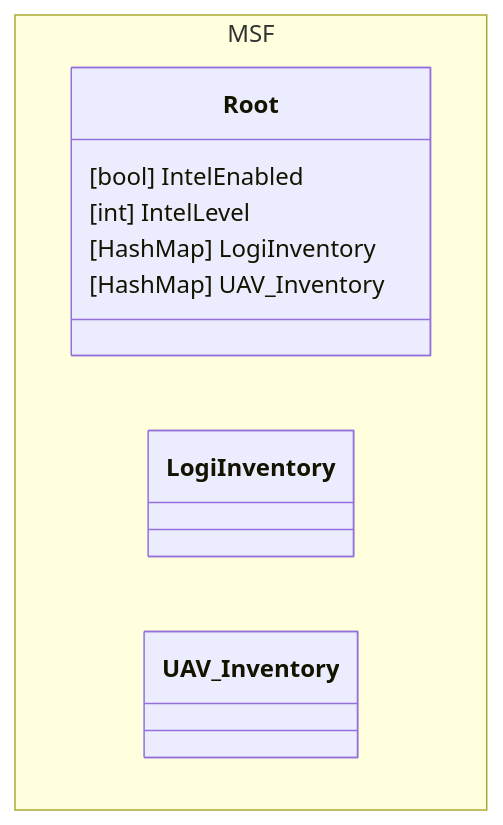
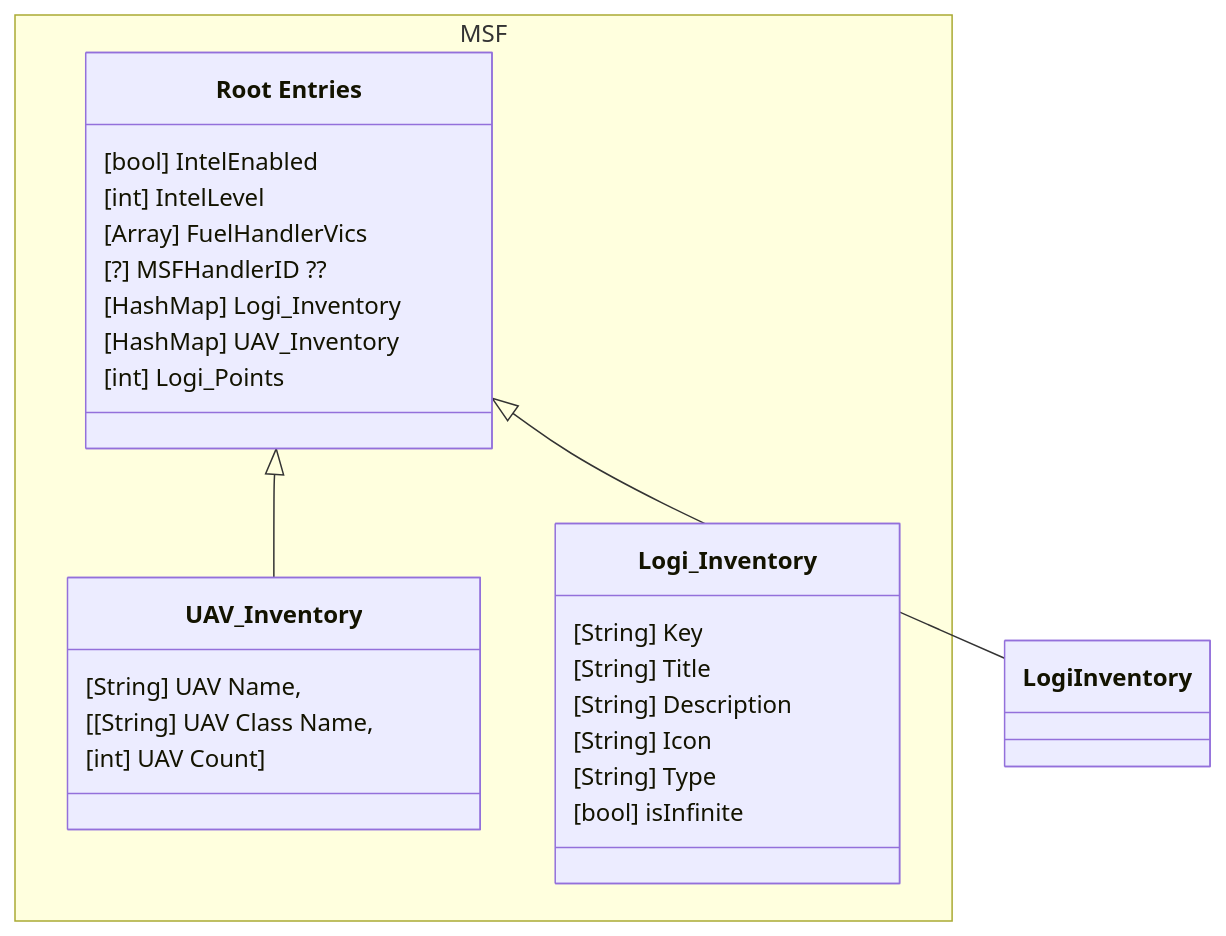
Before and after one commit to zeiktuvai/MSF_Addon: the first of 2 diagrams in notes/MSF_Data.md, drawn with Mermaid. The commit also changed other lines of this file and 5 other files, not shown here.

````diff
--- a/notes/MSF_Data.md
+++ b/notes/MSF_Data.md
@@ -2,17 +3,29 @@
 ```mermaid
 classDiagram
+Root <|-- LogiInventory
+Root <|-- UAV_Inventory
 namespace MSF {
-    class Root{
+    class Root["Root Entries"] {
         [bool] IntelEnabled
         [int] IntelLevel
-        [HashMap] LogiInventory
+        [Array] FuelHandlerVics
+        [?] MSFHandlerID ??
+        [HashMap] Logi_Inventory
         [HashMap] UAV_Inventory
+        [int] Logi_Points
     }
-    class LogiInventory {
-
+    class Logi_Inventory {
+        [String] Key
+        [String] Title
+        [String] Description
+        [String] Icon
+        [String] Type
+        [bool] isInfinite
     }
     class UAV_Inventory {
-        
+        [String] UAV Name,
+        [[String] UAV Class Name,
+        [int] UAV Count]
     }
 }
 ```
````
